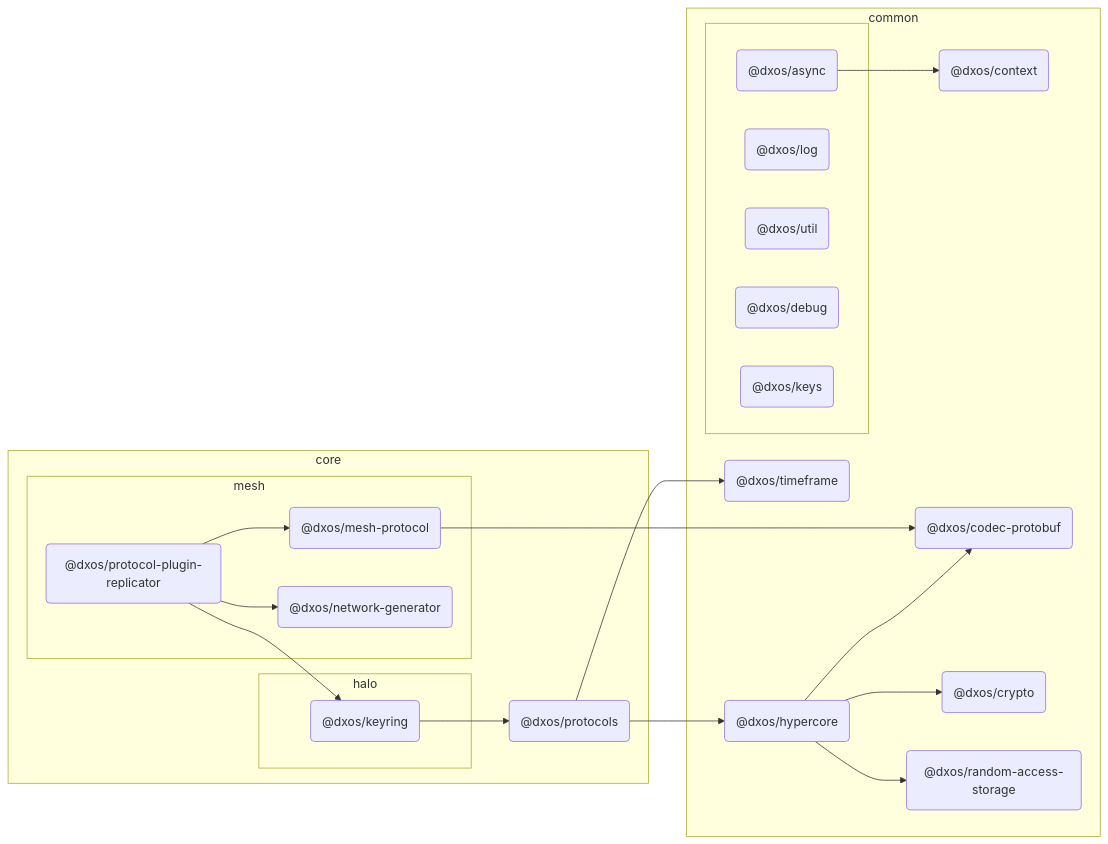
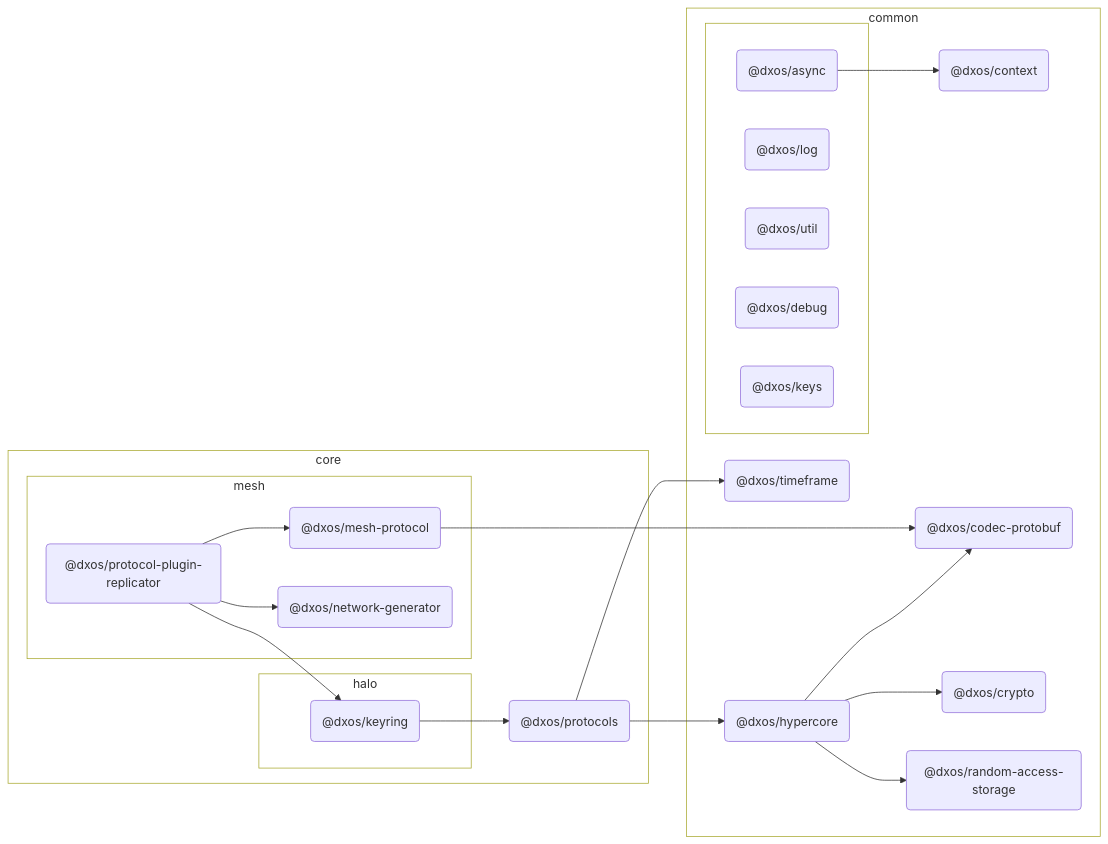
One commit to dxos/dxos changed the diagram in packages/core/mesh/protocol-plugin-replicator/docs/README.md. Above: the diagram before and after it, drawn with Mermaid. The commit also changed 80 other files, not shown here.

````diff
--- a/packages/core/mesh/protocol-plugin-replicator/docs/README.md
+++ b/packages/core/mesh/protocol-plugin-replicator/docs/README.md
@@ -7,68 +7,76 @@
 ```mermaid
 %%{ init: {'flowchart':{'curve':'basis'}} }%%
 
 flowchart LR
 
+%% Classes
+
+
+
 %% Nodes
 
 subgraph core [core]
+  style core fill:transparent
   dxos/protocols("@dxos/protocols"):::def
   click dxos/protocols "dxos/dxos/tree/main/packages/core/protocols/docs"
 
   subgraph mesh [mesh]
+    style mesh fill:transparent
     dxos/protocol-plugin-replicator("@dxos/protocol-plugin-replicator"):::root
     click dxos/protocol-plugin-replicator "dxos/dxos/tree/main/packages/core/mesh/protocol-plugin-replicator/docs"
     dxos/mesh-protocol("@dxos/mesh-protocol"):::def
     click dxos/mesh-protocol "dxos/dxos/tree/main/packages/core/mesh/mesh-protocol/docs"
     dxos/network-generator("@dxos/network-generator"):::def
     click dxos/network-generator "dxos/dxos/tree/main/packages/core/mesh/network-generator/docs"
   end
 
   subgraph halo [halo]
+    style halo fill:transparent
     dxos/keyring("@dxos/keyring"):::def
     click dxos/keyring "dxos/dxos/tree/main/packages/core/halo/keyring/docs"
   end
 end
 
 subgraph common [common]
+  style common fill:transparent
   dxos/context("@dxos/context"):::def
   click dxos/context "dxos/dxos/tree/main/packages/common/context/docs"
   dxos/codec-protobuf("@dxos/codec-protobuf"):::def
   click dxos/codec-protobuf "dxos/dxos/tree/main/packages/common/codec-protobuf/docs"
   dxos/crypto("@dxos/crypto"):::def
   click dxos/crypto "dxos/dxos/tree/main/packages/common/crypto/docs"
   dxos/hypercore("@dxos/hypercore"):::def
   click dxos/hypercore "dxos/dxos/tree/main/packages/common/hypercore/docs"
   dxos/random-access-storage("@dxos/random-access-storage"):::def
   click dxos/random-access-storage "dxos/dxos/tree/main/packages/common/random-access-storage/docs"
   dxos/timeframe("@dxos/timeframe"):::def
   click dxos/timeframe "dxos/dxos/tree/main/packages/common/timeframe/docs"
 
   subgraph _ [ ]
+    style _ fill:transparent
     dxos/async("@dxos/async"):::def
     click dxos/async "dxos/dxos/tree/main/packages/common/async/docs"
     dxos/log("@dxos/log"):::def
     click dxos/log "dxos/dxos/tree/main/packages/common/log/docs"
     dxos/util("@dxos/util"):::def
     click dxos/util "dxos/dxos/tree/main/packages/common/util/docs"
     dxos/debug("@dxos/debug"):::def
     click dxos/debug "dxos/dxos/tree/main/packages/common/debug/docs"
     dxos/keys("@dxos/keys"):::def
     click dxos/keys "dxos/dxos/tree/main/packages/common/keys/docs"
   end
 end
 
 %% Links
-linkStyle default stroke:#333,stroke-width:1px
 dxos/async --> dxos/context
 dxos/protocol-plugin-replicator --> dxos/keyring
 dxos/keyring --> dxos/protocols
 dxos/protocols --> dxos/hypercore
 dxos/hypercore --> dxos/codec-protobuf
 dxos/hypercore --> dxos/crypto
 dxos/hypercore --> dxos/random-access-storage
 dxos/protocols --> dxos/timeframe
 dxos/protocol-plugin-replicator --> dxos/mesh-protocol
 dxos/mesh-protocol --> dxos/codec-protobuf
 dxos/protocol-plugin-replicator --> dxos/network-generator
 ```
````
